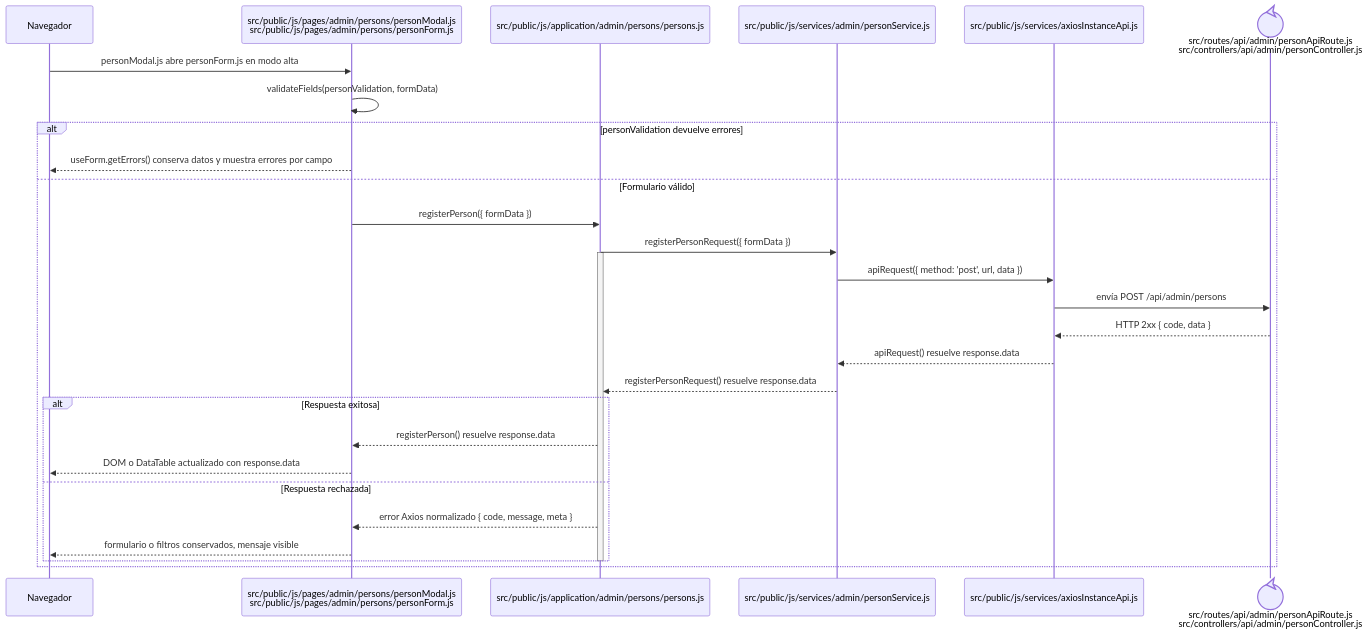
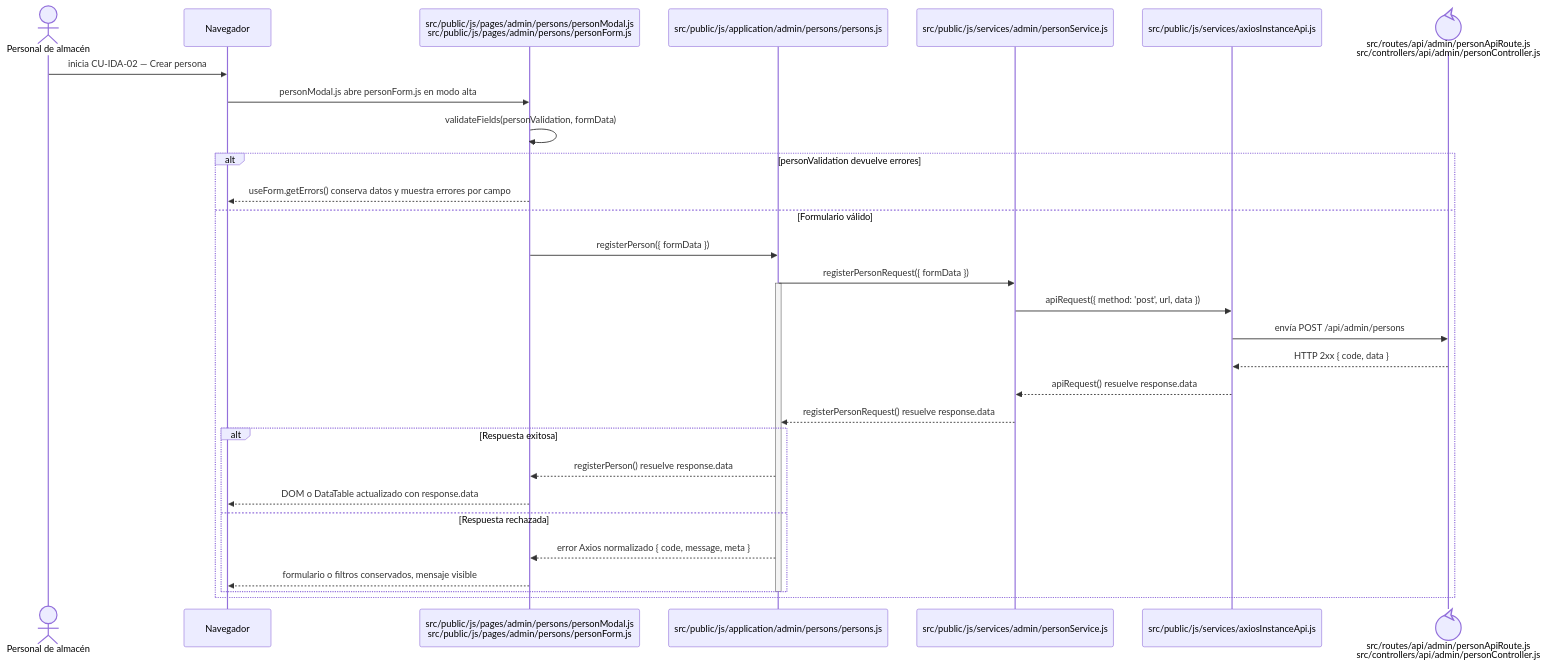
One commit to gpgsistemas01/nexus changed the diagram in docs/architecture/frontend-code-sequences/identity-access/cu-ida-02.md. Above: the diagram before and after it, drawn with Mermaid. The commit also changed 105 other files, not shown here.

````diff
--- a/docs/architecture/frontend-code-sequences/identity-access/cu-ida-02.md
+++ b/docs/architecture/frontend-code-sequences/identity-access/cu-ida-02.md
@@ -6,32 +6,34 @@
 ```mermaid
 sequenceDiagram
+    actor Initiator as Personal de almacén
     participant Browser as Navegador
     participant View as src/public/js/pages/admin/persons/personModal.js<br/>src/public/js/pages/admin/persons/personForm.js
     participant Application as src/public/js/application/admin/persons/persons.js
     participant Request as src/public/js/services/admin/personService.js
     participant HTTP as src/public/js/services/axiosInstanceApi.js
     participant Transport@{ "type": "control" } as src/routes/api/admin/personApiRoute.js<br/>src/controllers/api/admin/personController.js
 
+    Initiator->>Browser: inicia CU-IDA-02 — Crear persona
     Browser->>View: personModal.js abre personForm.js en modo alta
     View->>View: validateFields(personValidation, formData)
     alt personValidation devuelve errores
         View-->>Browser: useForm.getErrors() conserva datos y muestra errores por campo
     else Formulario válido
         View->>Application: registerPerson({ formData })
         Application->>Request: registerPersonRequest({ formData })
         activate Application
         Request->>HTTP: apiRequest({ method: 'post', url, data })
         HTTP->>Transport: envía POST /api/admin/persons
         Transport-->>HTTP: HTTP 2xx { code, data }
         HTTP-->>Request: apiRequest() resuelve response.data
         Request-->>Application: registerPersonRequest() resuelve response.data
         alt Respuesta exitosa
             Application-->>View: registerPerson() resuelve response.data
             View-->>Browser: DOM o DataTable actualizado con response.data
         else Respuesta rechazada
             Application-->>View: error Axios normalizado { code, message, meta }
             View-->>Browser: formulario o filtros conservados, mensaje visible
         end
         deactivate Application
     end
 ```
````
